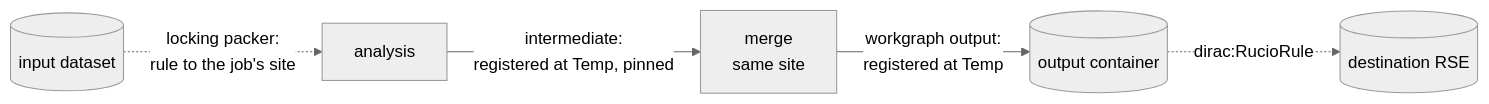
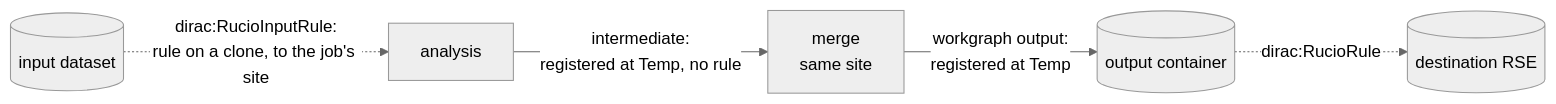
One commit to dciangot/diracx changed the diagram in docs/adr/DX-ADR-010_rucio_data_management.md. Above: the diagram before and after it, drawn with Mermaid (neutral theme). The commit also changed other lines of this file, not shown here.

Commit message:
DX-ADR-010: per-dataset clone rules, dirac:RucioInputRule, RucioRuleKeeper hook, min_completion

````diff
--- a/docs/adr/DX-ADR-010_rucio_data_management.md
+++ b/docs/adr/DX-ADR-010_rucio_data_management.md
@@ -187,7 +231,7 @@
 ```mermaid
 flowchart LR
-    In[(input dataset)] -. "locking packer:<br/>rule to the job's site" .-> A[analysis]
-    A -- "intermediate:<br/>registered at Temp, pinned" --> M[merge<br/>same site]
+    In[(input dataset)] -. "dirac:RucioInputRule:<br/>rule on a clone, to the job's site" .-> A[analysis]
+    A -- "intermediate:<br/>registered at Temp, no rule" --> M[merge<br/>same site]
     M -- "workgraph output:<br/>registered at Temp" --> C[(output container)]
     C -. "dirac:RucioRule" .-> D[(destination RSE)]
 ```
````
